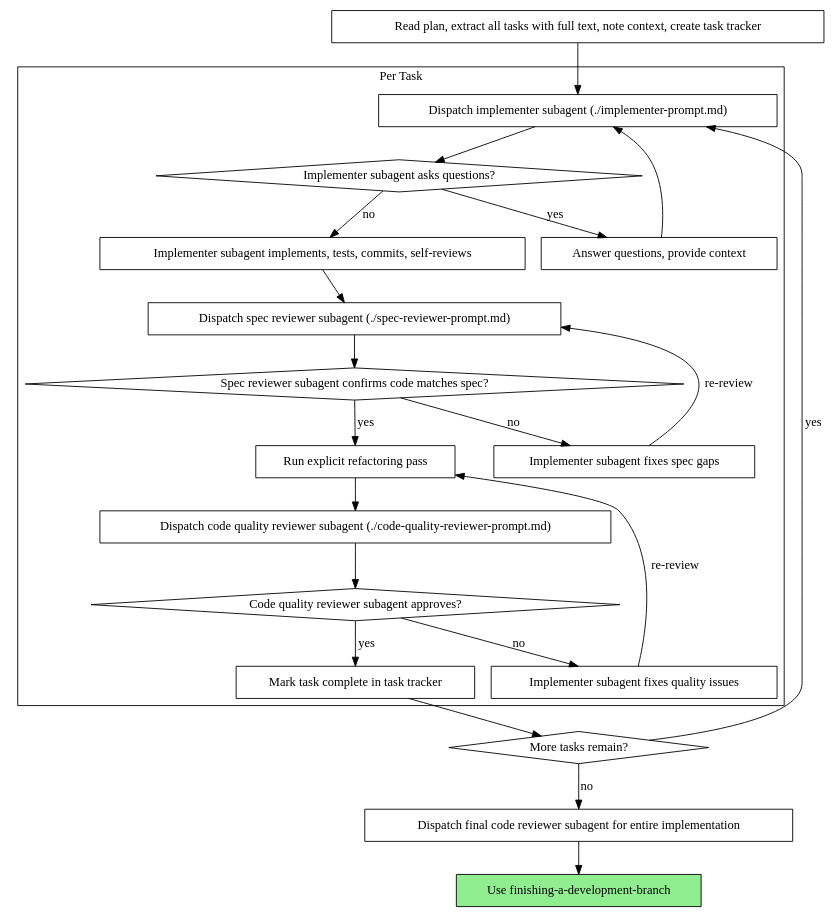
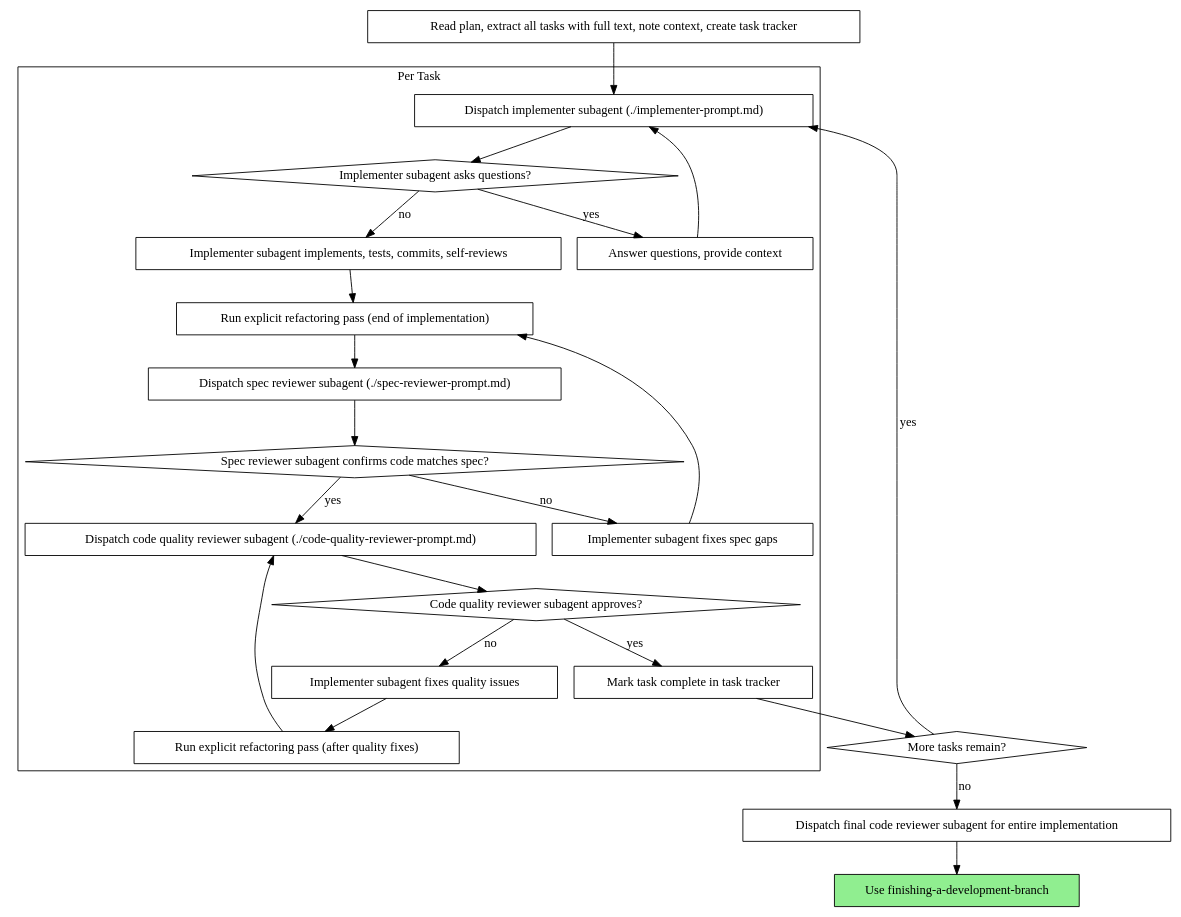
Before and after one commit to fcarucci/daneel: the second of 2 diagrams in skills/subagent-driven-development/SKILL.md, drawn with Graphviz. The commit also changed other lines of this file and 7 other files, not shown here.

First line of the commit message:
docs: mandatory refactoring pass after every implementation slice

````diff
--- a/skills/subagent-driven-development/SKILL.md
+++ b/skills/subagent-driven-development/SKILL.md
@@ -42,46 +42,48 @@
 ```dot
 digraph process {
     rankdir=TB;
 
     subgraph cluster_per_task {
         label="Per Task";
         "Dispatch implementer subagent (./implementer-prompt.md)" [shape=box];
         "Implementer subagent asks questions?" [shape=diamond];
         "Answer questions, provide context" [shape=box];
         "Implementer subagent implements, tests, commits, self-reviews" [shape=box];
+        "Run explicit refactoring pass (end of implementation)" [shape=box];
         "Dispatch spec reviewer subagent (./spec-reviewer-prompt.md)" [shape=box];
         "Spec reviewer subagent confirms code matches spec?" [shape=diamond];
         "Implementer subagent fixes spec gaps" [shape=box];
-        "Run explicit refactoring pass" [shape=box];
+        "Run explicit refactoring pass (after quality fixes)" [shape=box];
         "Dispatch code quality reviewer subagent (./code-quality-reviewer-prompt.md)" [shape=box];
         "Code quality reviewer subagent approves?" [shape=diamond];
         "Implementer subagent fixes quality issues" [shape=box];
         "Mark task complete in task tracker" [shape=box];
     }
 
     "Read plan, extract all tasks with full text, note context, create task tracker" [shape=box];
     "More tasks remain?" [shape=diamond];
     "Dispatch final code reviewer subagent for entire implementation" [shape=box];
     "Use finishing-a-development-branch" [shape=box style=filled fillcolor=lightgreen];
 
     "Read plan, extract all tasks with full text, note context, create task tracker" -> "Dispatch implementer subagent (./implementer-prompt.md)";
     "Dispatch implementer subagent (./implementer-prompt.md)" -> "Implementer subagent asks questions?";
     "Implementer subagent asks questions?" -> "Answer questions, provide context" [label="yes"];
     "Answer questions, provide context" -> "Dispatch implementer subagent (./implementer-prompt.md)";
     "Implementer subagent asks questions?" -> "Implementer subagent implements, tests, commits, self-reviews" [label="no"];
-    "Implementer subagent implements, tests, commits, self-reviews" -> "Dispatch spec reviewer subagent (./spec-reviewer-prompt.md)";
+    "Implementer subagent implements, tests, commits, self-reviews" -> "Run explicit refactoring pass (end of implementation)";
+    "Implementer subagent fixes spec gaps" -> "Run explicit refactoring pass (end of implementation)";
+    "Run explicit refactoring pass (end of implementation)" -> "Dispatch spec reviewer subagent (./spec-reviewer-prompt.md)";
     "Dispatch spec reviewer subagent (./spec-reviewer-prompt.md)" -> "Spec reviewer subagent confirms code matches spec?";
     "Spec reviewer subagent confirms code matches spec?" -> "Implementer subagent fixes spec gaps" [label="no"];
-    "Implementer subagent fixes spec gaps" -> "Dispatch spec reviewer subagent (./spec-reviewer-prompt.md)" [label="re-review"];
-    "Spec reviewer subagent confirms code matches spec?" -> "Run explicit refactoring pass" [label="yes"];
-    "Run explicit refactoring pass" -> "Dispatch code quality reviewer subagent (./code-quality-reviewer-prompt.md)";
+    "Spec reviewer subagent confirms code matches spec?" -> "Dispatch code quality reviewer subagent (./code-quality-reviewer-prompt.md)" [label="yes"];
     "Dispatch code quality reviewer subagent (./code-quality-reviewer-prompt.md)" -> "Code quality reviewer subagent approves?";
     "Code quality reviewer subagent approves?" -> "Implementer subagent fixes quality issues" [label="no"];
-    "Implementer subagent fixes quality issues" -> "Run explicit refactoring pass" [label="re-review"];
+    "Implementer subagent fixes quality issues" -> "Run explicit refactoring pass (after quality fixes)";
+    "Run explicit refactoring pass (after quality fixes)" -> "Dispatch code quality reviewer subagent (./code-quality-reviewer-prompt.md)";
     "Code quality reviewer subagent approves?" -> "Mark task complete in task tracker" [label="yes"];
     "Mark task complete in task tracker" -> "More tasks remain?";
     "More tasks remain?" -> "Dispatch implementer subagent (./implementer-prompt.md)" [label="yes"];
     "More tasks remain?" -> "Dispatch final code reviewer subagent for entire implementation" [label="no"];
     "Dispatch final code reviewer subagent for entire implementation" -> "Use finishing-a-development-branch";
 }
 ```
````
